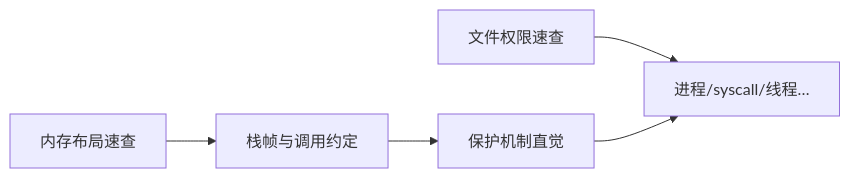
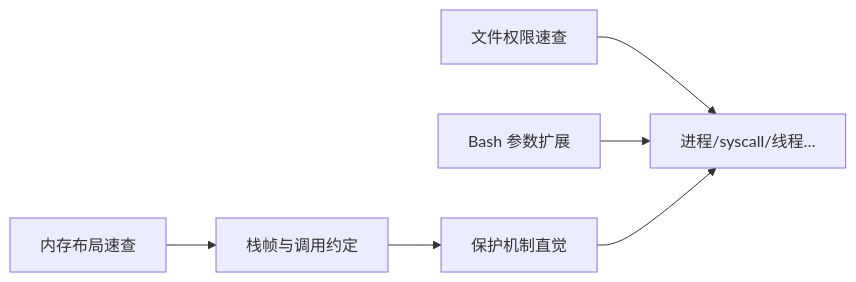
Before and after one commit to yushun-feng/anonymous-fys: the diagram in notes/linux/00-roadmap.md, drawn with Mermaid. The commit also changed other lines of this file and 2 other files, not shown here.

First line of the commit message:
Add Bash parameter-expansion cheat-sheet note

````diff
--- a/notes/linux/00-roadmap.md
+++ b/notes/linux/00-roadmap.md
@@ -17,7 +17,8 @@
 ```mermaid
 flowchart LR
   M[内存布局速查] --> S[栈帧与调用约定]
   S --> P[保护机制直觉]
   Perm[文件权限速查] --> Later
+  Bash[Bash 参数扩展] --> Later
   P --> Later[进程/syscall/线程…]
 ```
````
